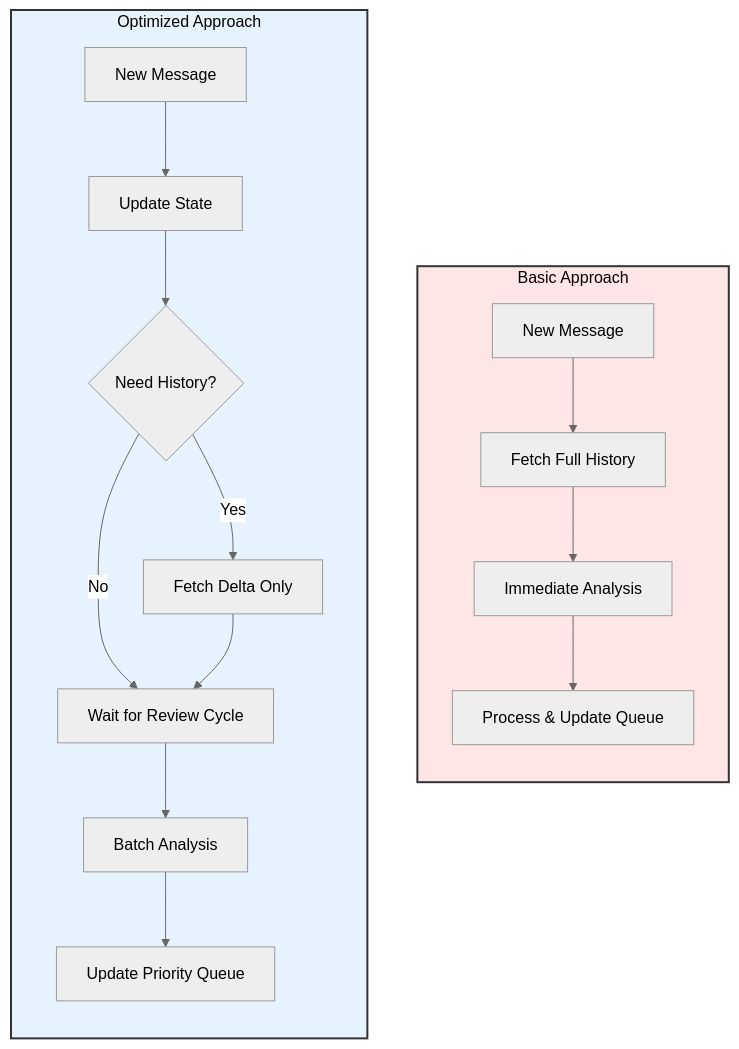
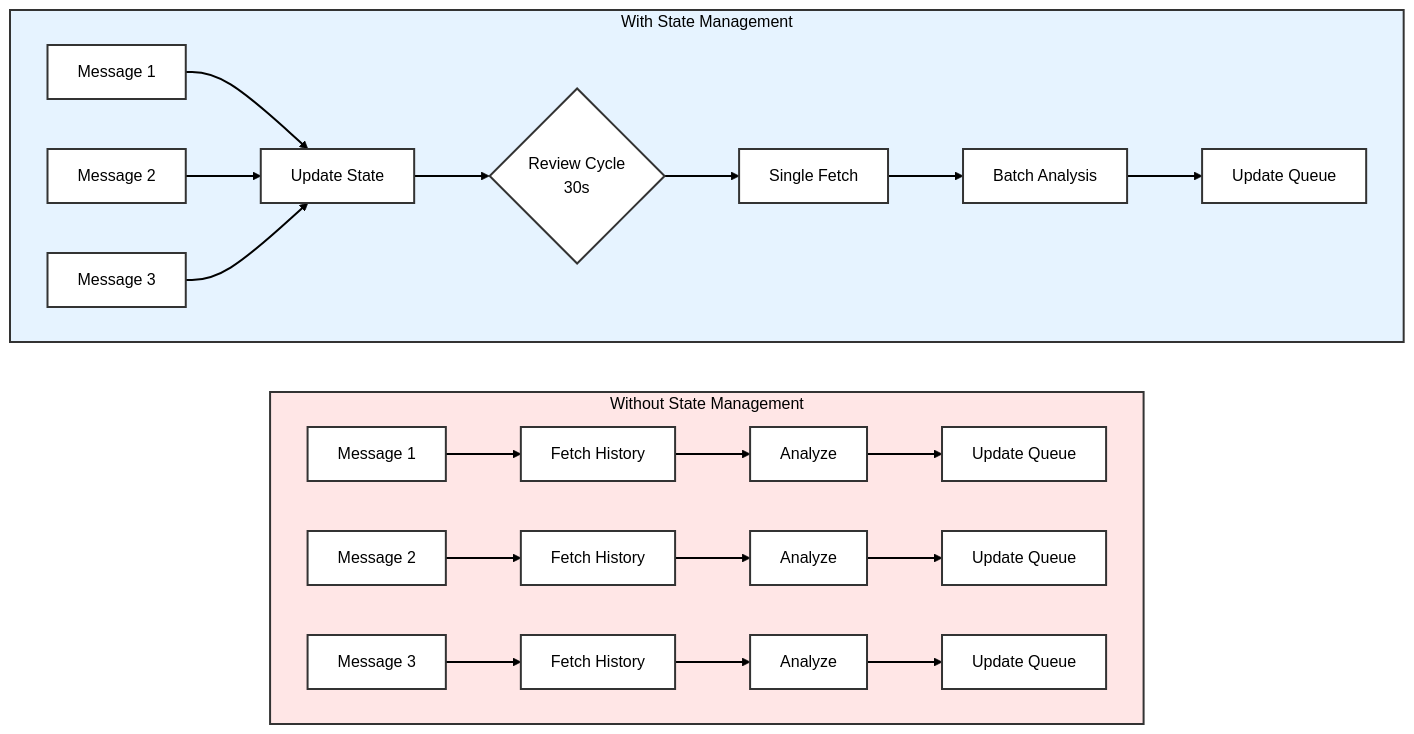
The fourth of 4 diagrams in docs/push_based_bot.md (git-kush-origin/eventForge), drawn with Mermaid (neutral theme) before and after one commit. The commit also changed other lines of this file, not shown here.

Commit message:
update readme file: push_based_bot.md

````diff
--- a/docs/push_based_bot.md
+++ b/docs/push_based_bot.md
@@ -192,23 +192,29 @@
 ```mermaid
-graph TD
-    subgraph Basic["Basic Approach"]
-        direction TB
-        M1[New Message] --> F1[Fetch Full History]
-        F1 --> A1[Immediate Analysis]
-        A1 --> P1[Process & Update Queue]
+graph LR
+    subgraph Basic["Without State Management"]
+        direction LR
+        M1[Message 1] --> F1[Fetch History]
+        F1 --> A1[Analyze]
+        A1 --> Q1[Update Queue]
+        M2[Message 2] --> F2[Fetch History]
+        F2 --> A2[Analyze]
+        A2 --> Q2[Update Queue]
+        M3[Message 3] --> F3[Fetch History]
+        F3 --> A3[Analyze]
+        A3 --> Q3[Update Queue]
     end
 
-    subgraph Optimized["Optimized Approach"]
-        direction TB
-        M2[New Message] --> S2[Update State]
-        S2 --> C2{Need History?}
-        C2 -->|Yes| F2[Fetch Delta Only]
-        C2 -->|No| W2[Wait for Review Cycle]
-        F2 --> W2
-        W2 --> B2[Batch Analysis]
-        B2 --> U2[Update Priority Queue]
+    subgraph Optimized["With State Management"]
+        direction LR
+        N1[Message 1] & N2[Message 2] & N3[Message 3] --> S[Update State]
+        S --> B{Review Cycle<br/>30s}
+        B --> F[Single Fetch]
+        F --> A[Batch Analysis]
+        A --> Q[Update Queue]
     end
 
     style Basic fill:#FFE6E6,stroke:#333,stroke-width:2px,color:#000
     style Optimized fill:#E6F3FF,stroke:#333,stroke-width:2px,color:#000
+    linkStyle default stroke:#000,stroke-width:2px
+    classDef default fill:#fff,stroke:#333,stroke-width:2px,color:#000
 ```
````
